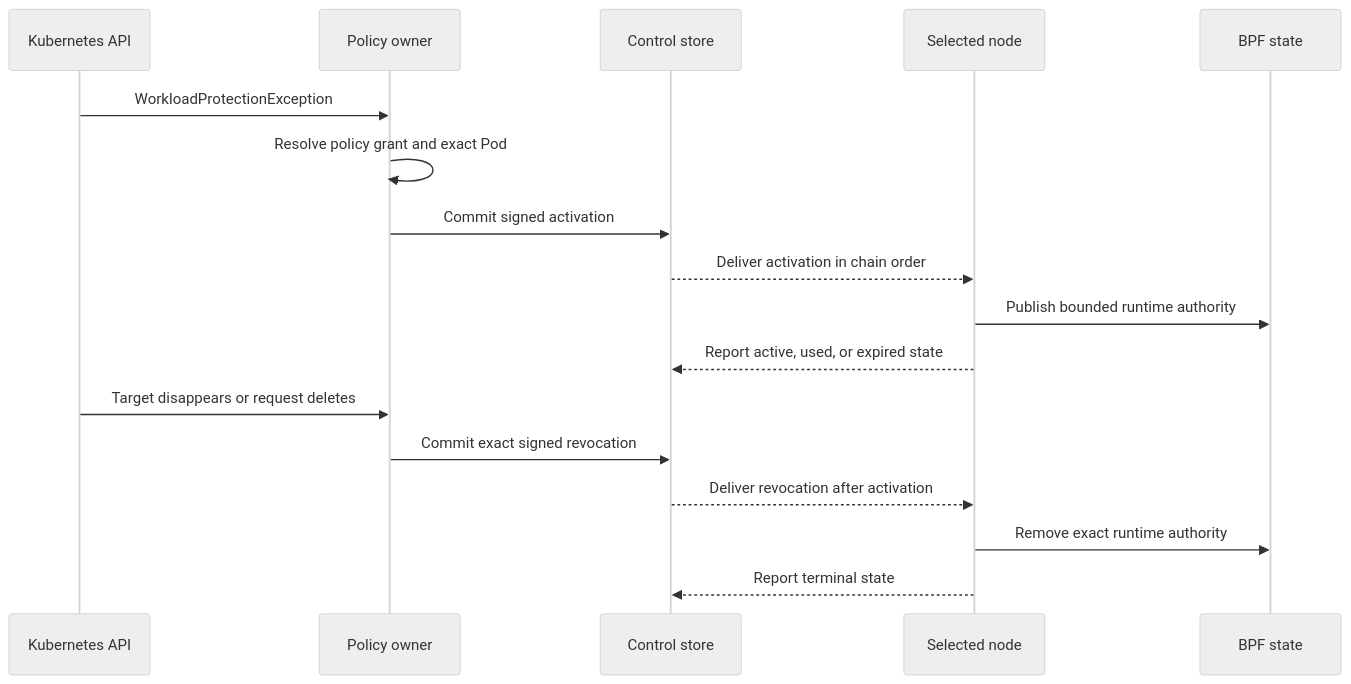
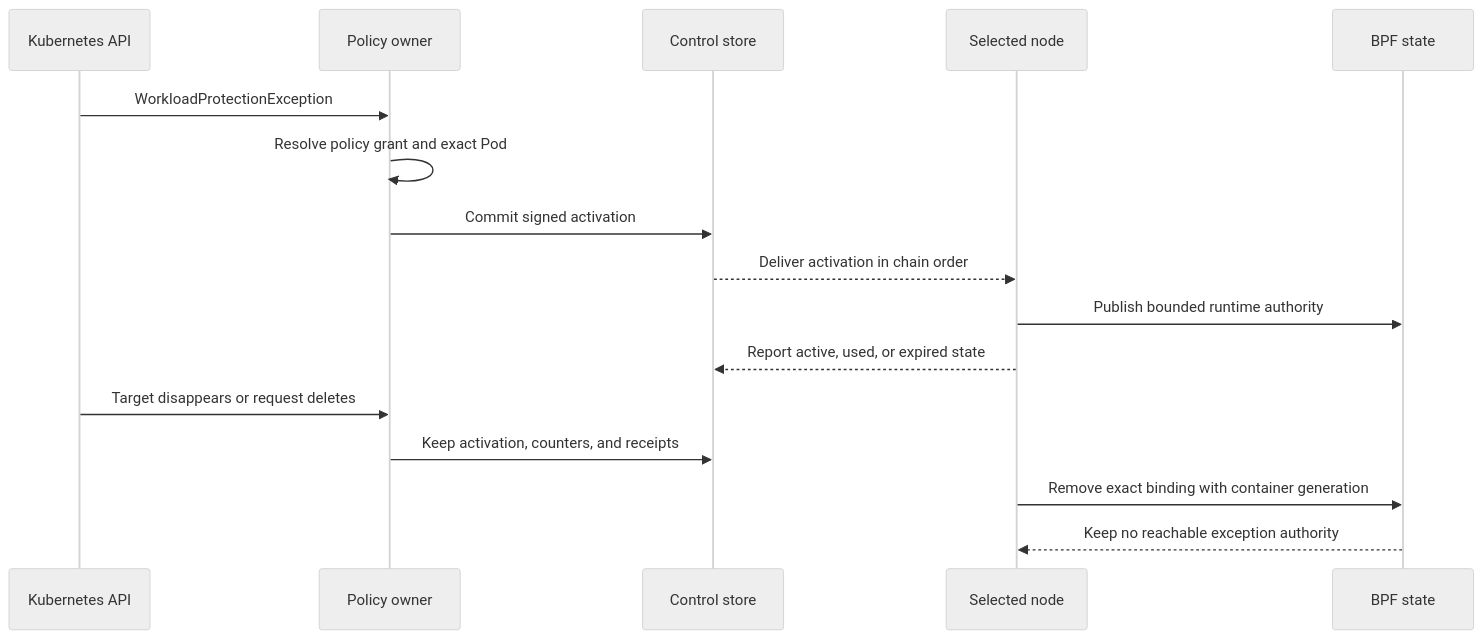
One commit to Ereborlabs/erebor-runtime changed the second of 5 diagrams in docs/plans/mithril-hugging-face-intrusion-prevention/phase-6-2-implementation-review.md. Above: the diagram before and after it, drawn with Mermaid (neutral theme). The commit also changed other lines of this file and 5 other files, not shown here.

````diff
--- a/docs/plans/mithril-hugging-face-intrusion-prevention/phase-6-2-implementation-review.md
+++ b/docs/plans/mithril-hugging-face-intrusion-prevention/phase-6-2-implementation-review.md
@@ -684,19 +684,18 @@
 ```mermaid
 sequenceDiagram
     participant API as Kubernetes API
     participant Desired as Policy owner
     participant Store as Control store
     participant Node as Selected node
     participant Kernel as BPF state
     API->>Desired: WorkloadProtectionException
     Desired->>Desired: Resolve policy grant and exact Pod
     Desired->>Store: Commit signed activation
     Store-->>Node: Deliver activation in chain order
     Node->>Kernel: Publish bounded runtime authority
     Node-->>Store: Report active, used, or expired state
     API->>Desired: Target disappears or request deletes
-    Desired->>Store: Commit exact signed revocation
-    Store-->>Node: Deliver revocation after activation
-    Node->>Kernel: Remove exact runtime authority
-    Node-->>Store: Report terminal state
+    Desired->>Store: Keep activation, counters, and receipts
+    Node->>Kernel: Remove exact binding with container generation
+    Kernel-->>Node: Keep no reachable exception authority
 ```
````
